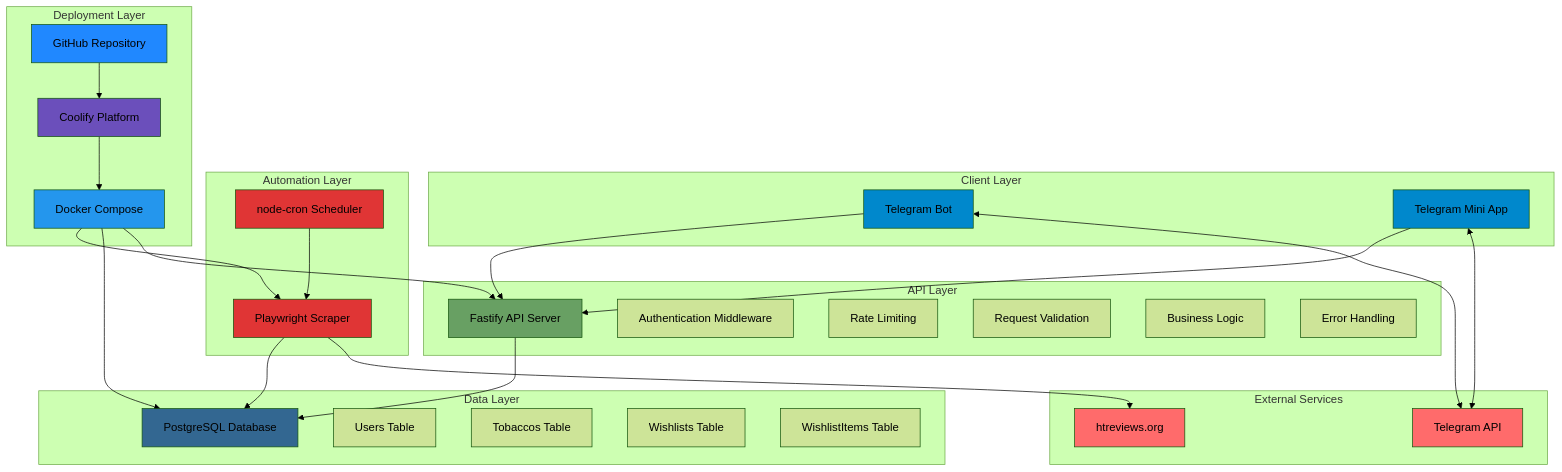
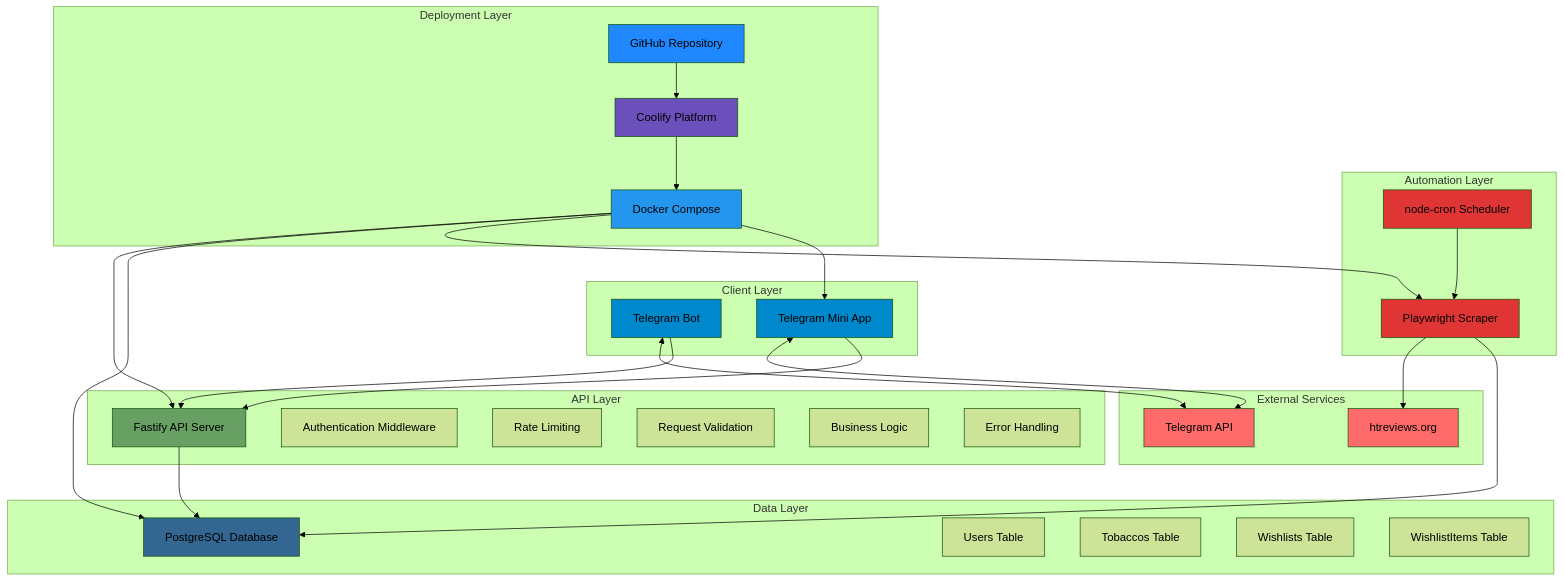
The first of 10 diagrams in plans/02-system-architecture.md (Zenderg/hookah-wishlist), drawn with Mermaid (forest theme) before and after one commit. The commit also changed other lines of this file and 17 other files, not shown here.

````diff
--- a/plans/02-system-architecture.md
+++ b/plans/02-system-architecture.md
@@ -9,66 +9,67 @@
 ```mermaid
 graph TB
     subgraph "Client Layer"
         A[Telegram Bot]
         B[Telegram Mini App]
     end
     
     subgraph "API Layer"
         C[Fastify API Server]
         C1[Authentication Middleware]
         C2[Rate Limiting]
         C3[Request Validation]
         C4[Business Logic]
         C5[Error Handling]
     end
     
     subgraph "Data Layer"
         D[PostgreSQL Database]
         D1[Users Table]
         D2[Tobaccos Table]
         D3[Wishlists Table]
         D4[WishlistItems Table]
     end
     
     subgraph "Automation Layer"
         E[Playwright Scraper]
         F[node-cron Scheduler]
     end
     
     subgraph "External Services"
         G[Telegram API]
         H[htreviews.org]
     end
     
     subgraph "Deployment Layer"
         I[Docker Compose]
         J[Coolify Platform]
         K[GitHub Repository]
     end
     
     A <--> G
     B <--> G
     A --> C
     B --> C
     C --> D
     F --> E
     E --> H
     E --> D
     K --> J
     J --> I
     I --> C
     I --> D
     I --> E
+    I --> B
     
     style A fill:#0088cc
     style B fill:#0088cc
     style C fill:#68a063
     style D fill:#336791
     style E fill:#e03535
     style F fill:#e03535
     style G fill:#ff6b6b
     style H fill:#ff6b6b
     style I fill:#2496ed
     style J fill:#6b4fbb
     style K fill:#2088ff
 ```
````
